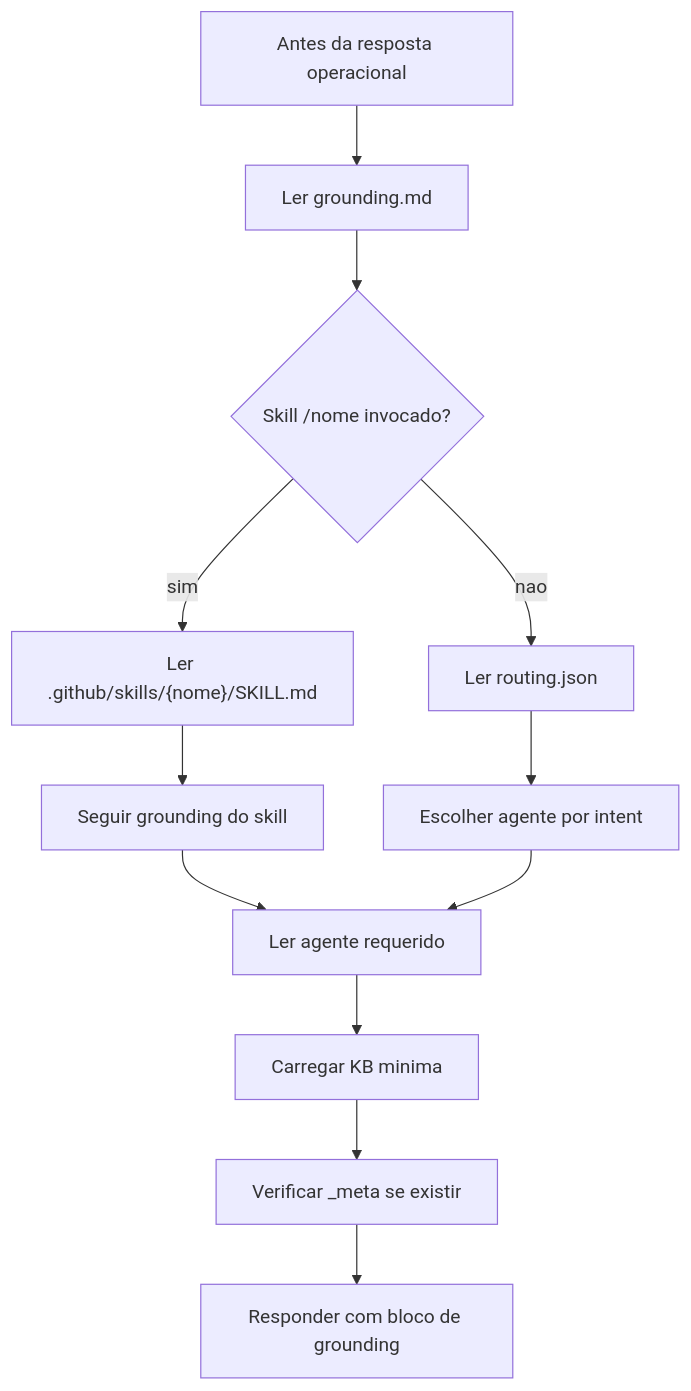
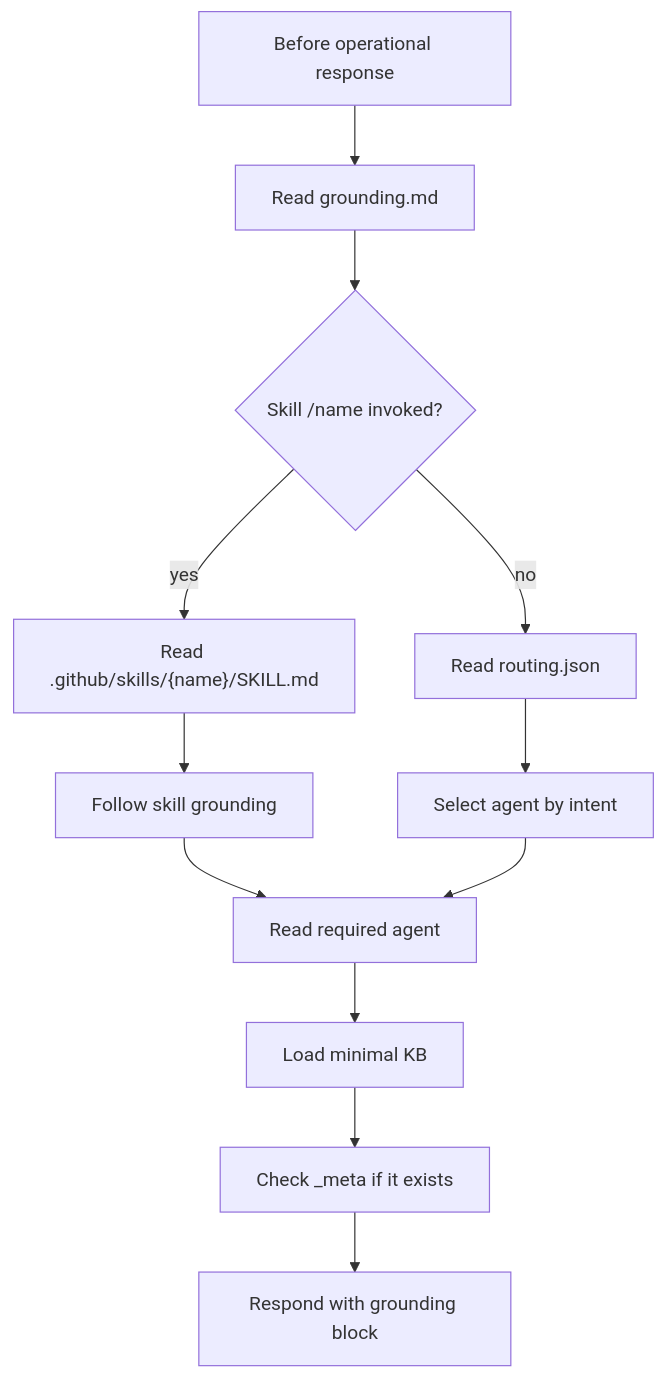
The first of 2 diagrams in docs/reference/grounding.md (Tiao553/sdd-harness-copilot), drawn with Mermaid before and after one commit. The commit also changed other lines of this file and 19 other files, not shown here.

````diff
--- a/docs/reference/grounding.md
+++ b/docs/reference/grounding.md
@@ -9,14 +9,14 @@
 ```mermaid
 flowchart TD
-    A["Antes da resposta operacional"] --> B["Ler grounding.md"]
-    B --> C{"Skill /nome invocado?"}
-    C -->|sim| D["Ler .github/skills/{nome}/SKILL.md"]
-    D --> E["Seguir grounding do skill"]
-    C -->|nao| F["Ler routing.json"]
-    F --> G["Escolher agente por intent"]
-    E --> H["Ler agente requerido"]
+    A["Before operational response"] --> B["Read grounding.md"]
+    B --> C{"Skill /name invoked?"}
+    C -->|yes| D["Read .github/skills/{name}/SKILL.md"]
+    D --> E["Follow skill grounding"]
+    C -->|no| F["Read routing.json"]
+    F --> G["Select agent by intent"]
+    E --> H["Read required agent"]
     G --> H
-    H --> I["Carregar KB minima"]
-    I --> J["Verificar _meta se existir"]
-    J --> K["Responder com bloco de grounding"]
+    H --> I["Load minimal KB"]
+    I --> J["Check _meta if it exists"]
+    J --> K["Respond with grounding block"]
 ```
````
